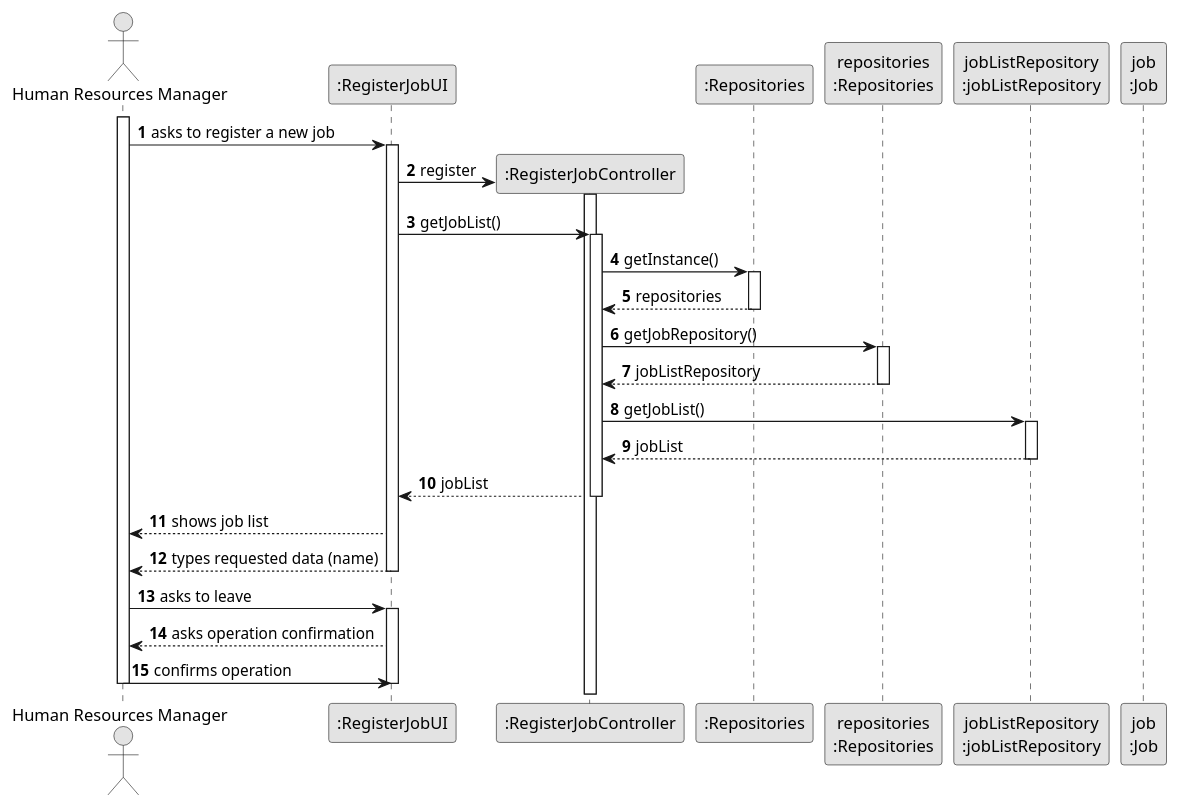
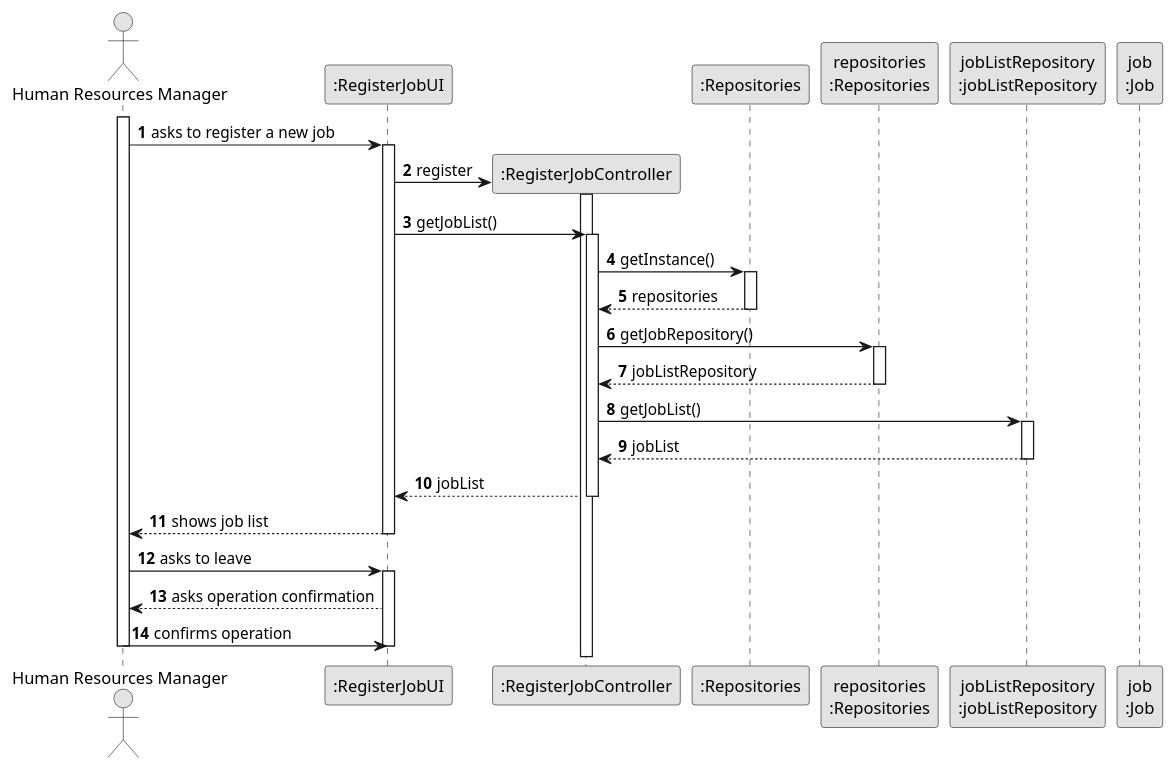
One commit to SAEmanuel/Green_Spaces_Management_ISEP changed the diagram in docs/sprintB/us002/03.design/puml/us002-sequence-diagram-full_v2.puml. Above: the diagram before and after it, drawn with PlantUML. The commit also changed 9 other files, not shown here.

Commit message:
US2 - sequence diagram-full minor updates US8 - sequence diagram-full

```diff
--- a/docs/sprintB/us002/03.design/puml/us002-sequence-diagram-full_v2.puml
+++ b/docs/sprintB/us002/03.design/puml/us002-sequence-diagram-full_v2.puml
@@ -1,64 +1,63 @@
 @startuml
 skinparam monochrome true
 skinparam packageStyle rectangle
 skinparam shadowing false
 
 autonumber
 
 'hide footbox
 actor "Human Resources Manager" as HRM
 participant ":RegisterJobUI" as UI
 participant ":RegisterJobController" as CTRL
 participant ":Repositories" as RepositorySingleton
 participant "repositories\n:Repositories" as PLAT
 participant "jobListRepository\n:jobListRepository" as jobRepository
 participant "job\n:Job" as EMPREGO
 
 activate HRM
 
 HRM -> UI : asks to register a new job
 activate UI
 
 UI -> CTRL** : register
 activate CTRL
 
 UI -> CTRL : getJobList()
 activate CTRL
 
 CTRL -> RepositorySingleton : getInstance()
 activate RepositorySingleton
 
 RepositorySingleton --> CTRL: repositories
 deactivate RepositorySingleton
 
 CTRL -> PLAT : getJobRepository()
 activate PLAT
 
 PLAT --> CTRL: jobListRepository
 deactivate PLAT
 
 CTRL -> jobRepository : getJobList()
 activate jobRepository
 
 jobRepository --> CTRL : jobList
 deactivate jobRepository
 
 CTRL --> UI : jobList
 deactivate CTRL
 
 UI --> HRM : shows job list
-UI --> HRM : types requested data (name)
 deactivate UI
 
 HRM -> UI : asks to leave
 activate UI
 
 UI --> HRM : asks operation confirmation
 
 
 HRM -> UI : confirms operation
 deactivate UI
 
 deactivate HRM
 
 @enduml
```
